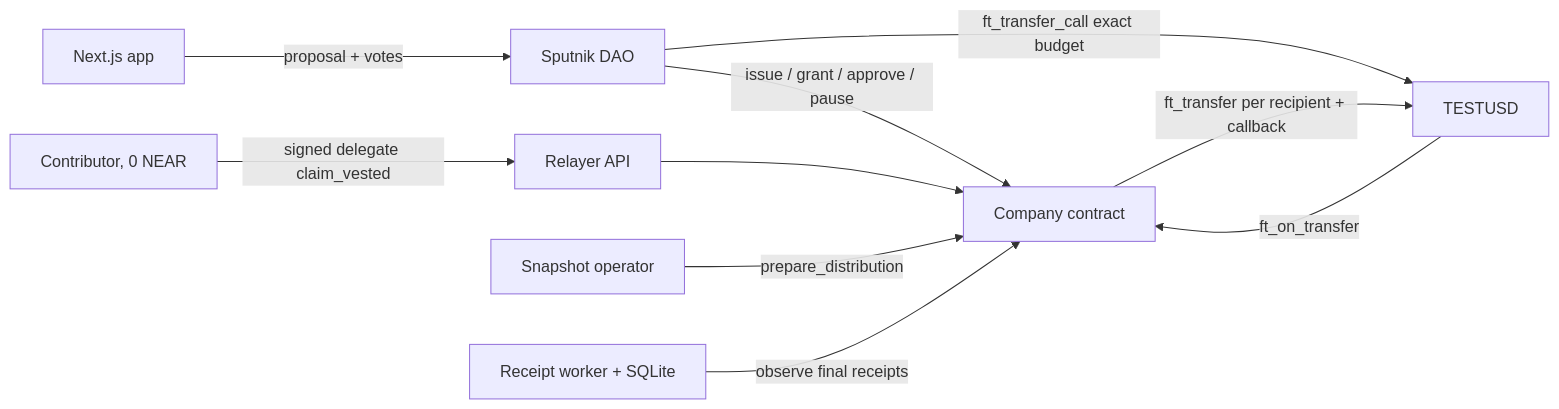
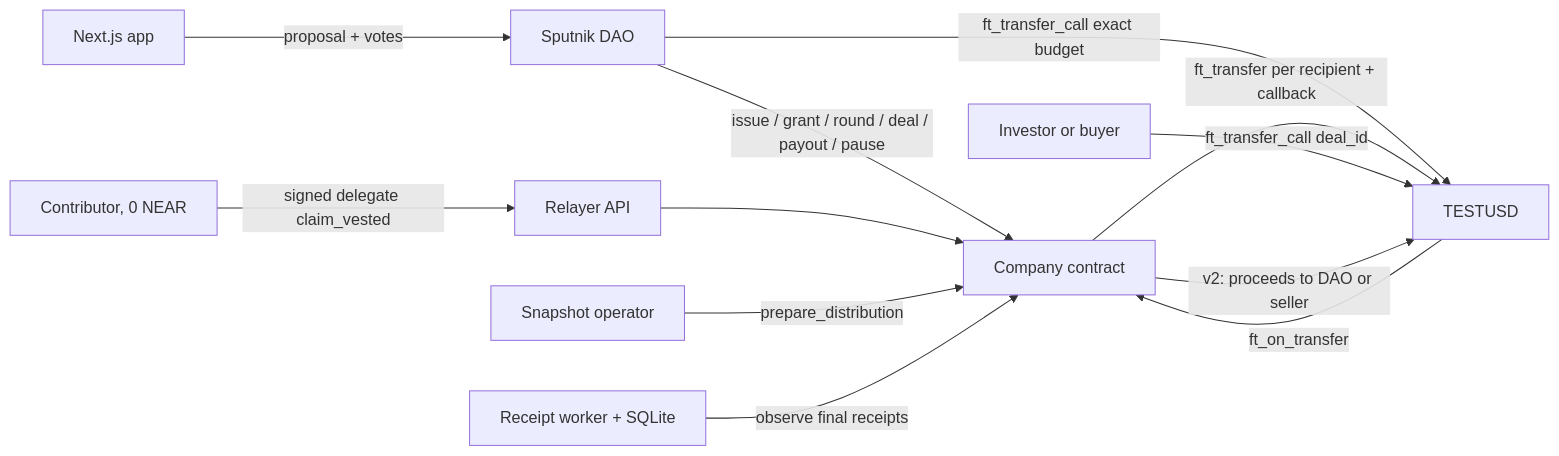
One commit to mayohalo/captab changed the diagram in README.md. Above: the diagram before and after it, drawn with Mermaid. The commit also changed other lines of this file and 27 other files, not shown here.

````diff
--- a/README.md
+++ b/README.md
@@ -32,12 +50,14 @@
 ```mermaid
 flowchart LR
   UI[Next.js app] -->|proposal + votes| DAO[Sputnik DAO]
-  DAO -->|issue / grant / approve / pause| CO[Company contract]
+  DAO -->|issue / grant / round / deal / payout / pause| CO[Company contract]
   DAO -->|ft_transfer_call exact budget| FT[TESTUSD]
   FT -->|ft_on_transfer| CO
   CO -->|ft_transfer per recipient + callback| FT
   User[Contributor, 0 NEAR] -->|signed delegate claim_vested| RL[Relayer API]
   RL --> CO
   OP[Snapshot operator] -->|prepare_distribution| CO
   WK[Receipt worker + SQLite] -->|observe final receipts| CO
+  INV[Investor or buyer] -->|ft_transfer_call deal_id| FT
+  CO -->|v2: proceeds to DAO or seller| FT
 ```
````
